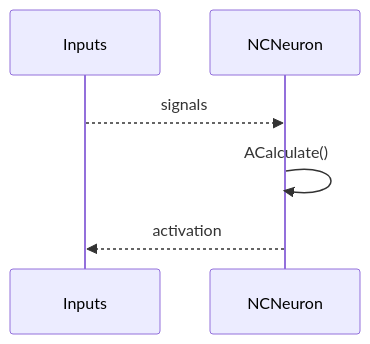
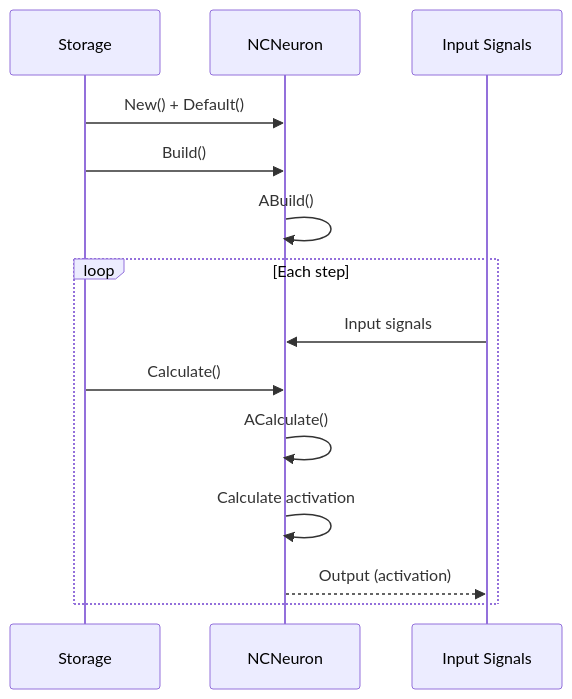
The seventh of 10 diagrams in Docs/Components/NCNeuron.md (aicommunity/Nmsdk-PulseLib), drawn with Mermaid before and after one commit. The commit also changed other lines of this file and 196 other files, not shown here.

````diff
--- a/Docs/Components/NCNeuron.md
+++ b/Docs/Components/NCNeuron.md
@@ -24,8 +272,17 @@
 ```mermaid
 sequenceDiagram
-    participant In as Inputs
-    participant N as NCNeuron
-    In-->>N: signals
-    N->>N: ACalculate()
-    N-->>In: activation
+    participant Storage
+    participant Neuron as NCNeuron
+    participant Inputs as Input Signals
+    
+    Storage->>Neuron: New() + Default()
+    Storage->>Neuron: Build()
+    Neuron->>Neuron: ABuild()
+    loop Each step
+        Inputs->>Neuron: Input signals
+        Storage->>Neuron: Calculate()
+        Neuron->>Neuron: ACalculate()
+        Neuron->>Neuron: Calculate activation
+        Neuron-->>Inputs: Output (activation)
+    end
 ```
````
